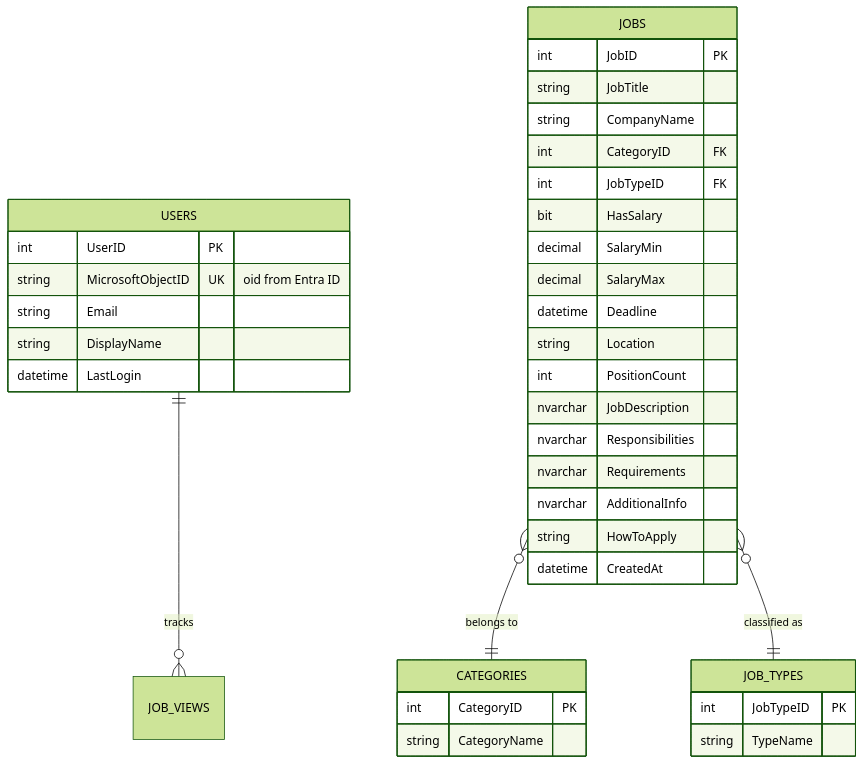
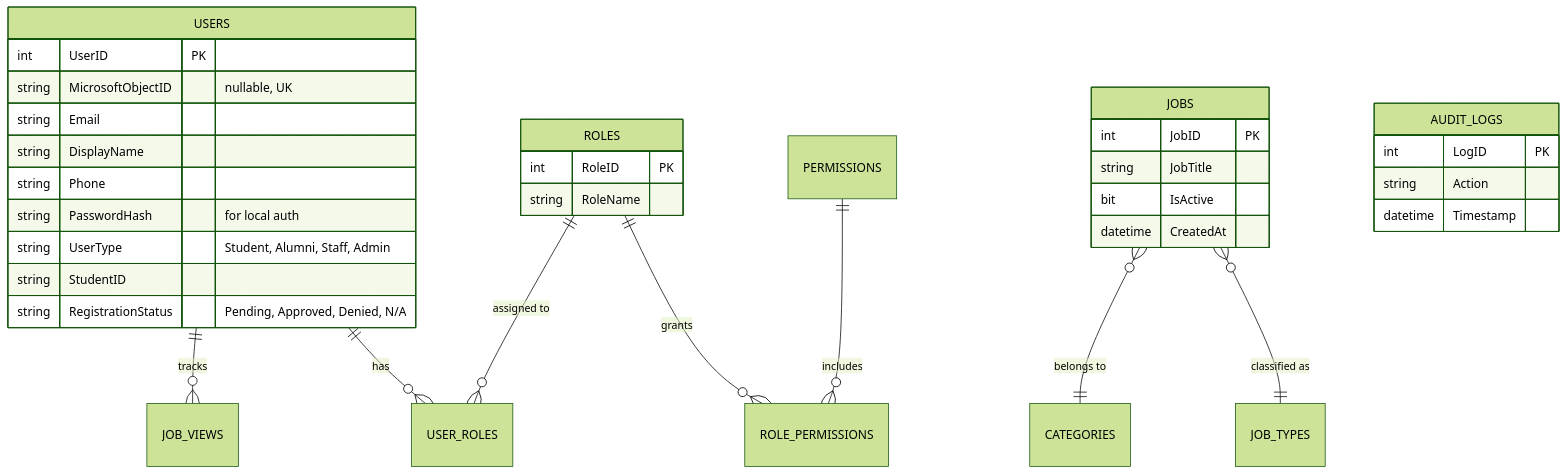
The diagram in docs/db-schema.md (sayasyedakmal/careerhubv2-plan), drawn with Mermaid (forest theme) before and after one commit. The commit also changed other lines of this file and 59 other files, not shown here.

````diff
--- a/docs/db-schema.md
+++ b/docs/db-schema.md
@@ -7,44 +7,40 @@
 ```mermaid
 erDiagram
     USERS ||--o{ JOB_VIEWS : "tracks"
+    USERS ||--o{ USER_ROLES : "has"
+    ROLES ||--o{ USER_ROLES : "assigned to"
+    ROLES ||--o{ ROLE_PERMISSIONS : "grants"
+    PERMISSIONS ||--o{ ROLE_PERMISSIONS : "includes"
     JOBS }o--|| CATEGORIES : "belongs to"
     JOBS }o--|| JOB_TYPES : "classified as"
 
     USERS {
         int UserID PK
-        string MicrosoftObjectID UK "oid from Entra ID"
+        string MicrosoftObjectID "nullable, UK"
         string Email
         string DisplayName
-        datetime LastLogin
+        string Phone
+        string PasswordHash "for local auth"
+        string UserType "Student, Alumni, Staff, Admin"
+        string StudentID
+        string RegistrationStatus "Pending, Approved, Denied, N/A"
+    }
+
+    ROLES {
+        int RoleID PK
+        string RoleName
     }
 
     JOBS {
         int JobID PK
         string JobTitle
-        string CompanyName
-        int CategoryID FK
-        int JobTypeID FK
-        bit HasSalary
-        decimal SalaryMin
-        decimal SalaryMax
-        datetime Deadline
-        string Location
-        int PositionCount
-        nvarchar JobDescription
-        nvarchar Responsibilities
-        nvarchar Requirements
-        nvarchar AdditionalInfo
-        string HowToApply
+        bit IsActive
         datetime CreatedAt
     }
-
-    CATEGORIES {
-        int CategoryID PK
-        string CategoryName
-    }
-
-    JOB_TYPES {
-        int JobTypeID PK
-        string TypeName
+    
+    AUDIT_LOGS {
+        int LogID PK
+        string Action
+        datetime Timestamp
     }
 ```
````
